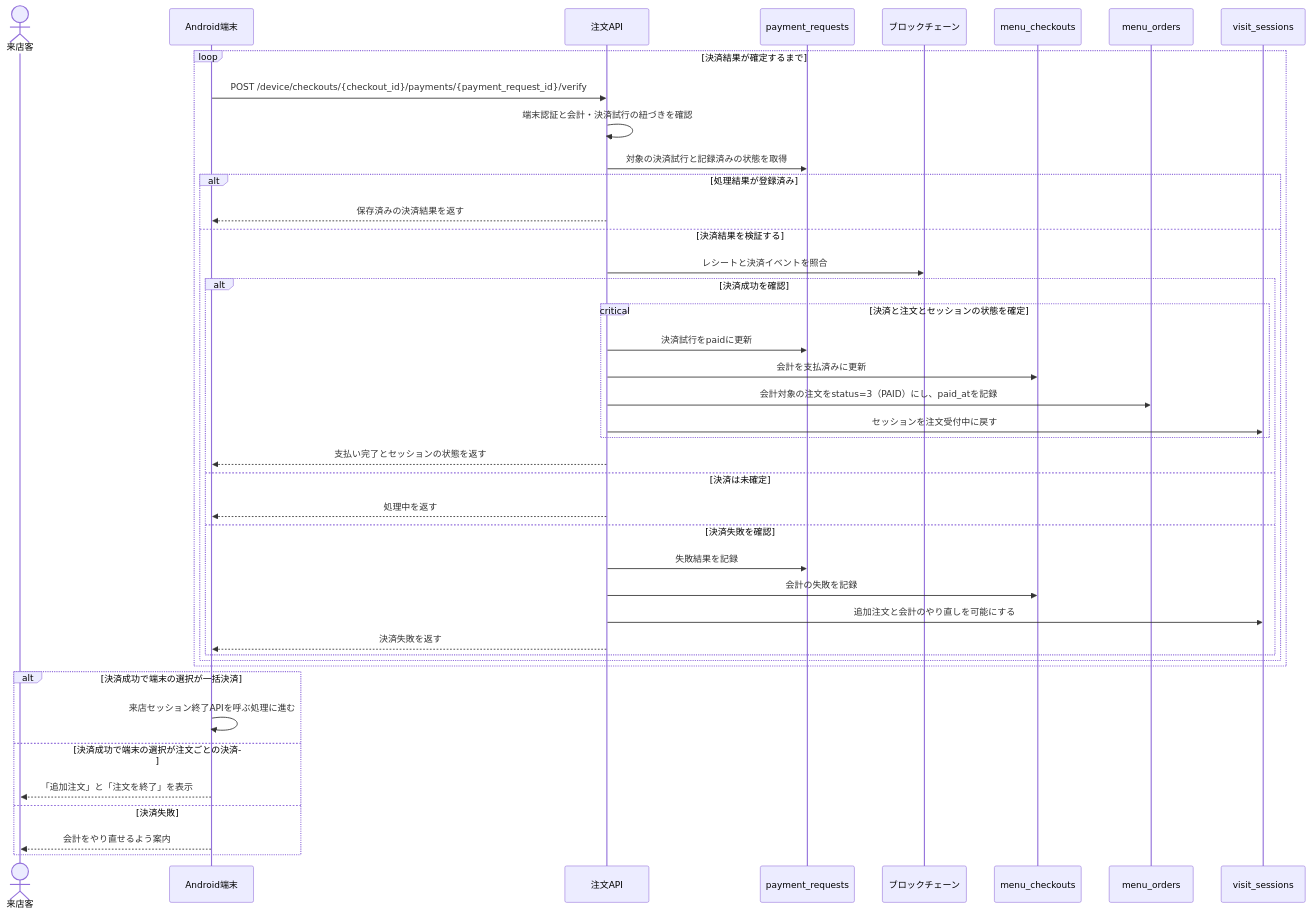
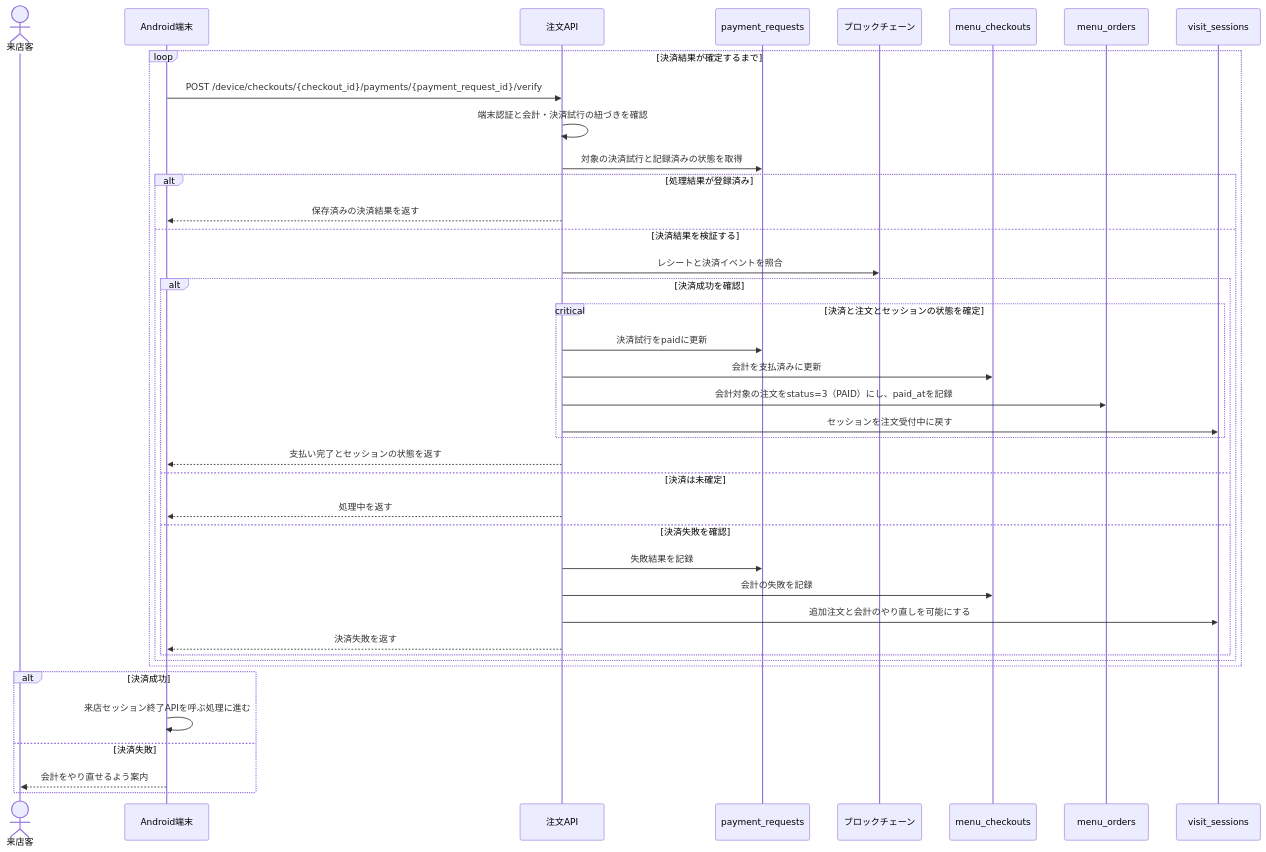
The seventh of 9 diagrams in docs/メニューオーダーフロー.md (terao06/teraid-pay-api), drawn with Mermaid before and after one commit. The commit also changed other lines of this file and 34 other files, not shown here.

````diff
--- a/docs/メニューオーダーフロー.md
+++ b/docs/メニューオーダーフロー.md
@@ -362,45 +352,43 @@
 ```mermaid
 sequenceDiagram
     actor Guest as 来店客
     participant Device as Android端末
     participant API as 注文API
     participant Payments as payment_requests
     participant Chain as ブロックチェーン
     participant Checkouts as menu_checkouts
     participant Orders as menu_orders
     participant Visits as visit_sessions
 
     loop 決済結果が確定するまで
         Device->>API: POST /device/checkouts/{checkout_id}/payments/{payment_request_id}/verify
         API->>API: 端末認証と会計・決済試行の紐づきを確認
         API->>Payments: 対象の決済試行と記録済みの状態を取得
         alt 処理結果が登録済み
             API-->>Device: 保存済みの決済結果を返す
         else 決済結果を検証する
             API->>Chain: レシートと決済イベントを照合
             alt 決済成功を確認
                 critical 決済と注文とセッションの状態を確定
                     API->>Payments: 決済試行をpaidに更新
                     API->>Checkouts: 会計を支払済みに更新
                     API->>Orders: 会計対象の注文をstatus=3（PAID）にし、paid_atを記録
                     API->>Visits: セッションを注文受付中に戻す
                 end
                 API-->>Device: 支払い完了とセッションの状態を返す
             else 決済は未確定
                 API-->>Device: 処理中を返す
             else 決済失敗を確認
                 API->>Payments: 失敗結果を記録
                 API->>Checkouts: 会計の失敗を記録
                 API->>Visits: 追加注文と会計のやり直しを可能にする
                 API-->>Device: 決済失敗を返す
             end
         end
     end
-    alt 決済成功で端末の選択が一括決済
+    alt 決済成功
         Device->>Device: 来店セッション終了APIを呼ぶ処理に進む
-    else 決済成功で端末の選択が注文ごとの決済
-        Device-->>Guest: 「追加注文」と「注文を終了」を表示
     else 決済失敗
         Device-->>Guest: 会計をやり直せるよう案内
     end
 ```
````
